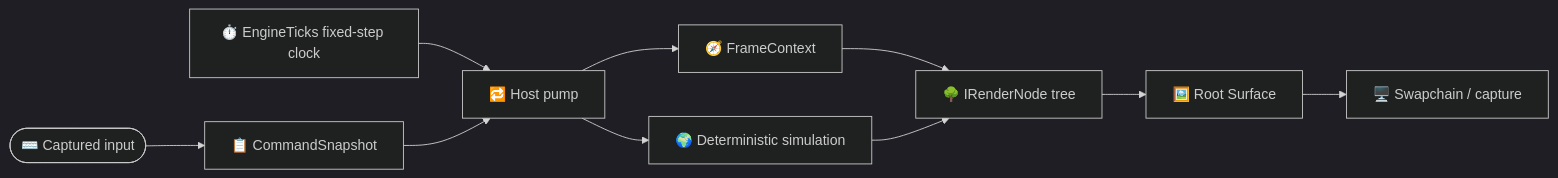
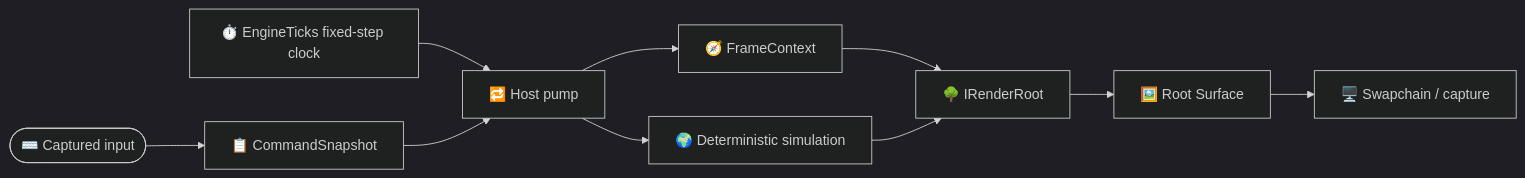
One commit to ByteTerrace/Puck changed the diagram in docs/reference/hosting.md. Above: the diagram before and after it, drawn with Mermaid (dark theme). The commit also changed other lines of this file and 2677 other files, not shown here.

First line of the commit message:
graphics: the render graph's pass packages, counted-cost ceilings, portals as the flagship, build mode, and the Deck

````diff
--- a/docs/reference/hosting.md
+++ b/docs/reference/hosting.md
@@ -45,12 +43,12 @@
 ```mermaid
 graph LR
     Input(["⌨️ Captured input"]) --> Commands["📋 CommandSnapshot"]
     Clock["⏱️ EngineTicks fixed-step clock"] --> Pump["🔁 Host pump"]
     Commands --> Pump
     Pump --> Simulation["🌍 Deterministic simulation"]
     Pump --> Context["🧭 FrameContext"]
-    Context --> Tree["🌳 IRenderNode tree"]
-    Simulation --> Tree
-    Tree --> Surface["🖼️ Root Surface"]
+    Context --> Root["🌳 IRenderRoot"]
+    Simulation --> Root
+    Root --> Surface["🖼️ Root Surface"]
     Surface --> Present["🖥️ Swapchain / capture"]
 ```
````
